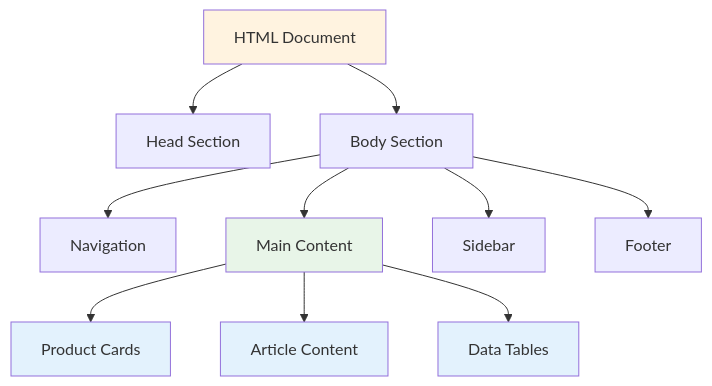
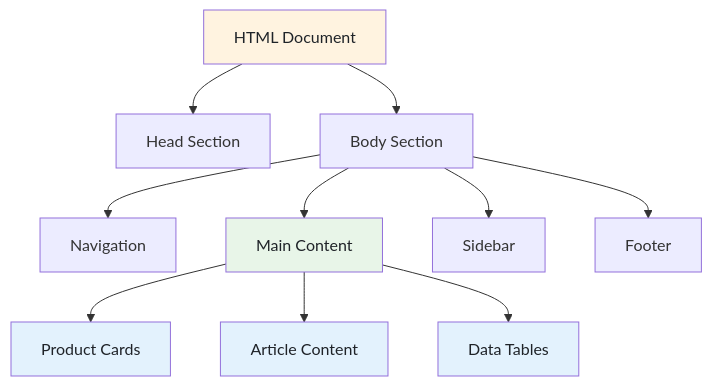
Before and after one commit to bytetunnels/bytetunnels.github.com: the second of 3 diagrams in _posts/2025-04-26-web-scraping-explained-what-why-how.md, drawn with Mermaid. The commit also changed other lines of this file and 118 other files, not shown here.

Commit message:
feat: improve diagram styling and compact wide flowcharts

````diff
--- a/_posts/2025-04-26-web-scraping-explained-what-why-how.md
+++ b/_posts/2025-04-26-web-scraping-explained-what-why-how.md
@@ -107,21 +107,21 @@
 ```mermaid
 graph TD
     A[HTML Document]
     A --> B[Head Section]
     A --> C[Body Section]
 
     C --> D[Navigation]
     C --> E[Main Content]
     C --> F[Sidebar]
     C --> G[Footer]
 
     E --> H[Product Cards]
     E --> I[Article Content]
     E --> J[Data Tables]
 
-    style A fill:#fff3e0
-    style E fill:#e8f5e8
-    style H fill:#e3f2fd
-    style I fill:#e3f2fd
-    style J fill:#e3f2fd
+    style A fill:#fff3e0,color:#1f2328
+    style E fill:#e8f5e8,color:#1f2328
+    style H fill:#e3f2fd,color:#1f2328
+    style I fill:#e3f2fd,color:#1f2328
+    style J fill:#e3f2fd,color:#1f2328
 ```
````
